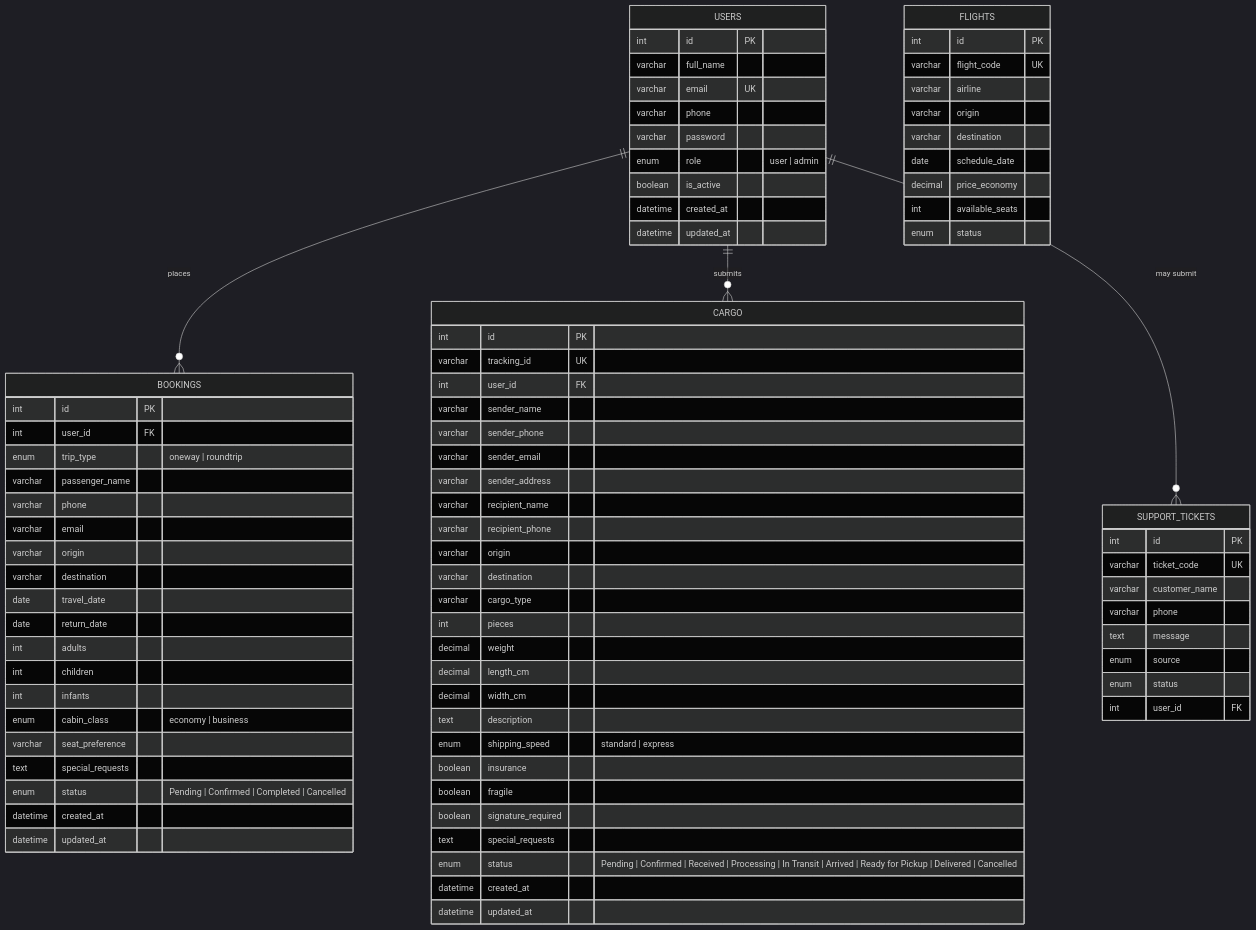
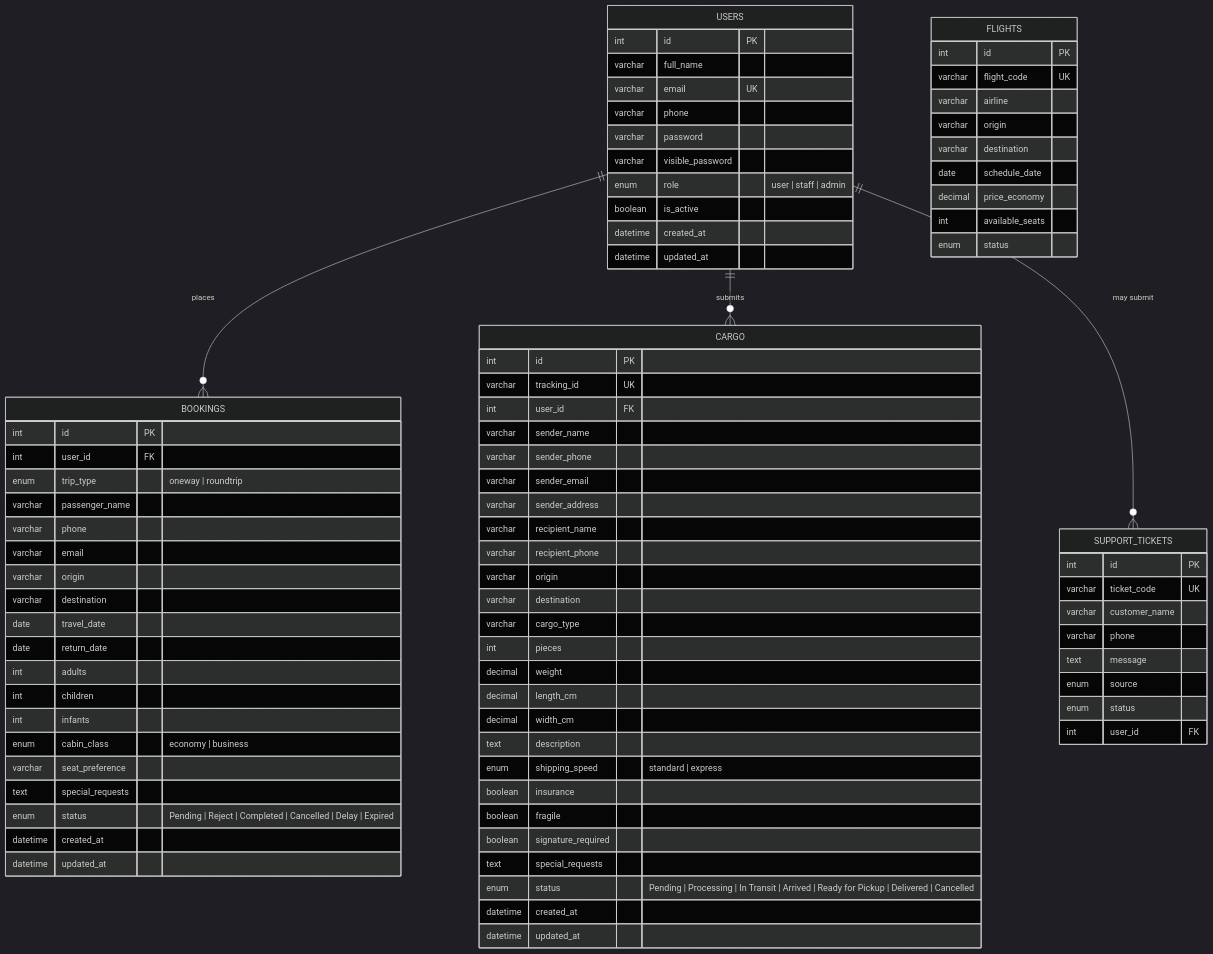
One commit to tigerrr10/mideye-system changed the sixth of 9 diagrams in README.md. Above: the diagram before and after it, drawn with Mermaid (dark theme). The commit also changed other lines of this file and 23 other files, not shown here.

```diff
--- a/README.md
+++ b/README.md
@@ -627,7 +660,8 @@
         varchar email UK
         varchar phone
         varchar password
-        enum role "user | admin"
+        varchar visible_password
+        enum role "user | staff | admin"
         boolean is_active
         datetime created_at
         datetime updated_at
@@ -650,7 +684,7 @@
         enum cabin_class "economy | business"
         varchar seat_preference
         text special_requests
-        enum status "Pending | Confirmed | Completed | Cancelled"
+        enum status "Pending | Reject | Completed | Cancelled | Delay | Expired"
         datetime created_at
         datetime updated_at
     }
@@ -678,7 +712,7 @@
         boolean fragile
         boolean signature_required
         text special_requests
-        enum status "Pending | Confirmed | Received | Processing | In Transit | Arrived | Ready for Pickup | Delivered | Cancelled"
+        enum status "Pending | Processing | In Transit | Arrived | Ready for Pickup | Delivered | Cancelled"
         datetime created_at
         datetime updated_at
     }
```
